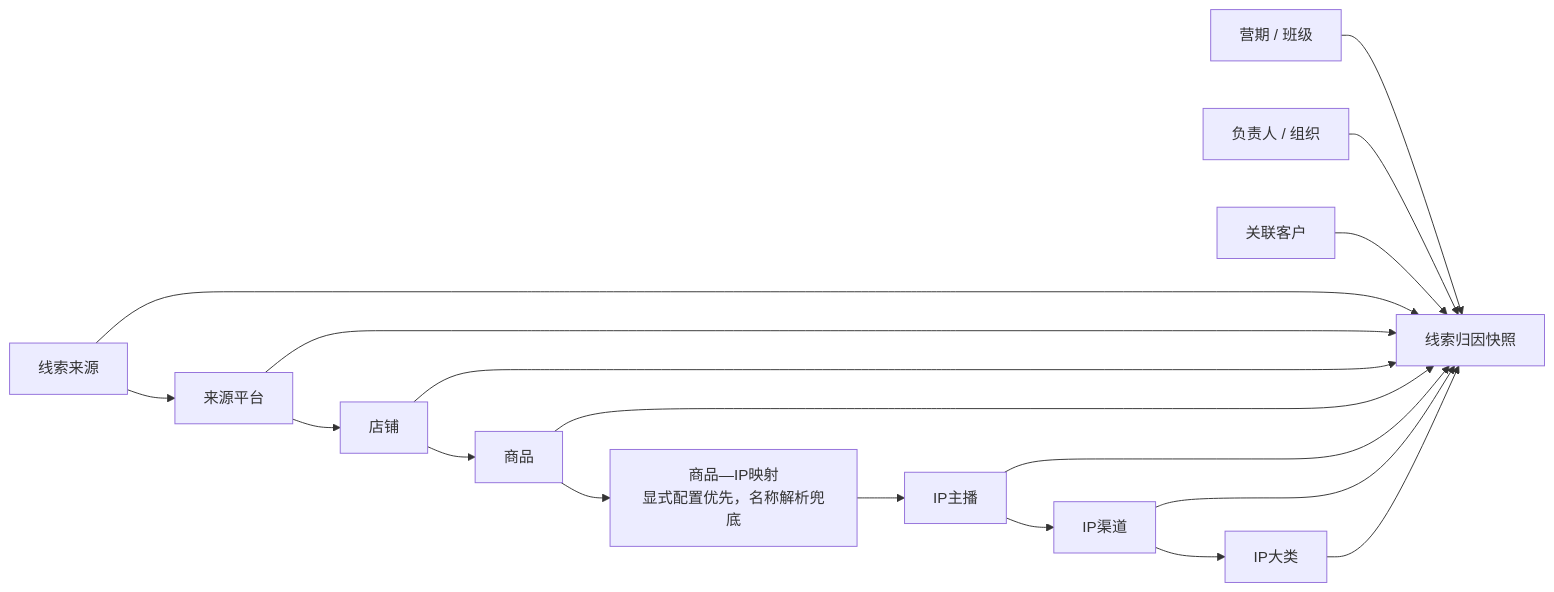
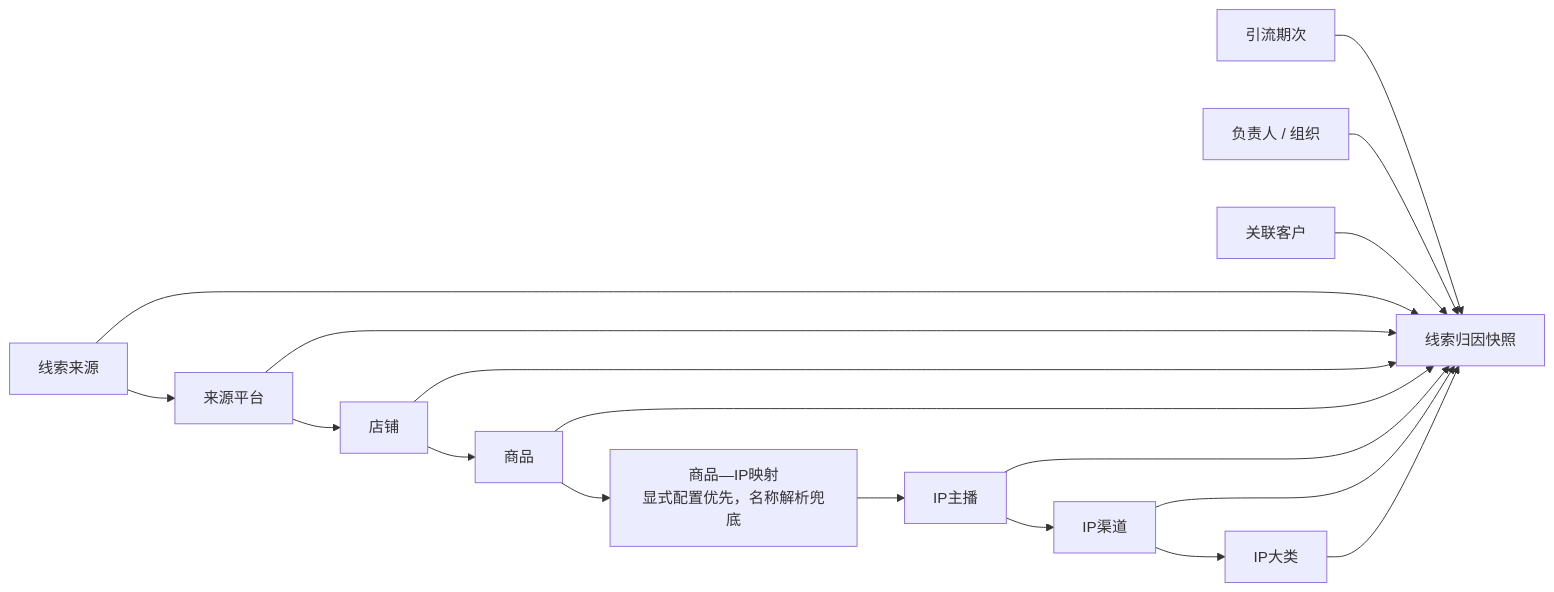
Before and after one commit to freya-pr/heshu-boss-demo: the fifth of 9 diagrams in docs/product/合数BOSS V1.0线索中心需求文档.md, drawn with Mermaid. The commit also changed other lines of this file and 26 other files, not shown here.

````diff
--- a/docs/product/合数BOSS V1.0线索中心需求文档.md
+++ b/docs/product/合数BOSS V1.0线索中心需求文档.md
@@ -257,16 +269,16 @@
 ```mermaid
 flowchart LR
     SRC["线索来源"] --> PLATFORM["来源平台"] --> STORE["店铺"] --> PRODUCT["商品"]
     PRODUCT --> MAP["商品—IP映射<br/>显式配置优先，名称解析兜底"]
     MAP --> IP["IP主播"] --> CHANNEL["IP渠道"] --> CATEGORY["IP大类"]
-    CAMP["营期 / 班级"] --> SNAP["线索归因快照"]
+    CAMP["引流期次"] --> SNAP["线索归因快照"]
     OWNER["负责人 / 组织"] --> SNAP
     CUSTOMER["关联客户"] --> SNAP
     SRC --> SNAP
     PLATFORM --> SNAP
     STORE --> SNAP
     PRODUCT --> SNAP
     IP --> SNAP
     CHANNEL --> SNAP
     CATEGORY --> SNAP
 ```
````
